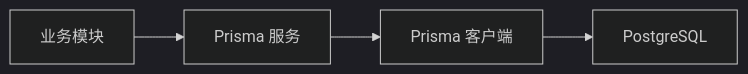
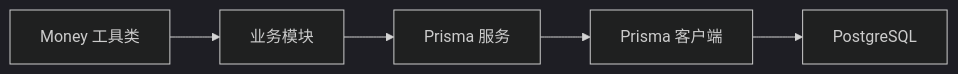
One commit to rc558620/purelyprofit-server changed diagram 15 of 15 in .qoder/repowiki/zh/content/数据库设计/数据库架构概览.md. Above: the diagram before and after it, drawn with Mermaid (dark theme). The commit also changed other lines of this file and 25 other files, not shown here.

````diff
--- a/.qoder/repowiki/zh/content/数据库设计/数据库架构概览.md
+++ b/.qoder/repowiki/zh/content/数据库设计/数据库架构概览.md
@@ -532,6 +771,7 @@
 ```mermaid
 graph LR
 Biz["业务模块"] --> PrismaSvc["Prisma 服务"]
 PrismaSvc --> PrismaClient["Prisma 客户端"]
 PrismaClient --> PG["PostgreSQL"]
+MoneyUtils["Money 工具类"] --> Biz
 ```
````
